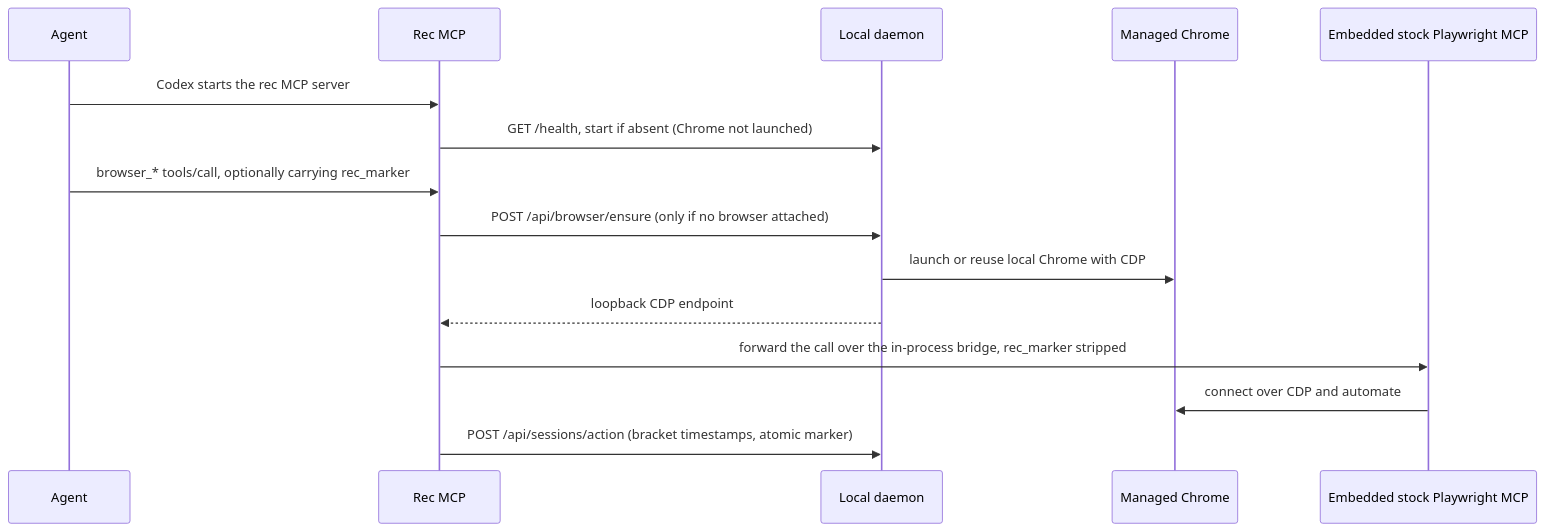
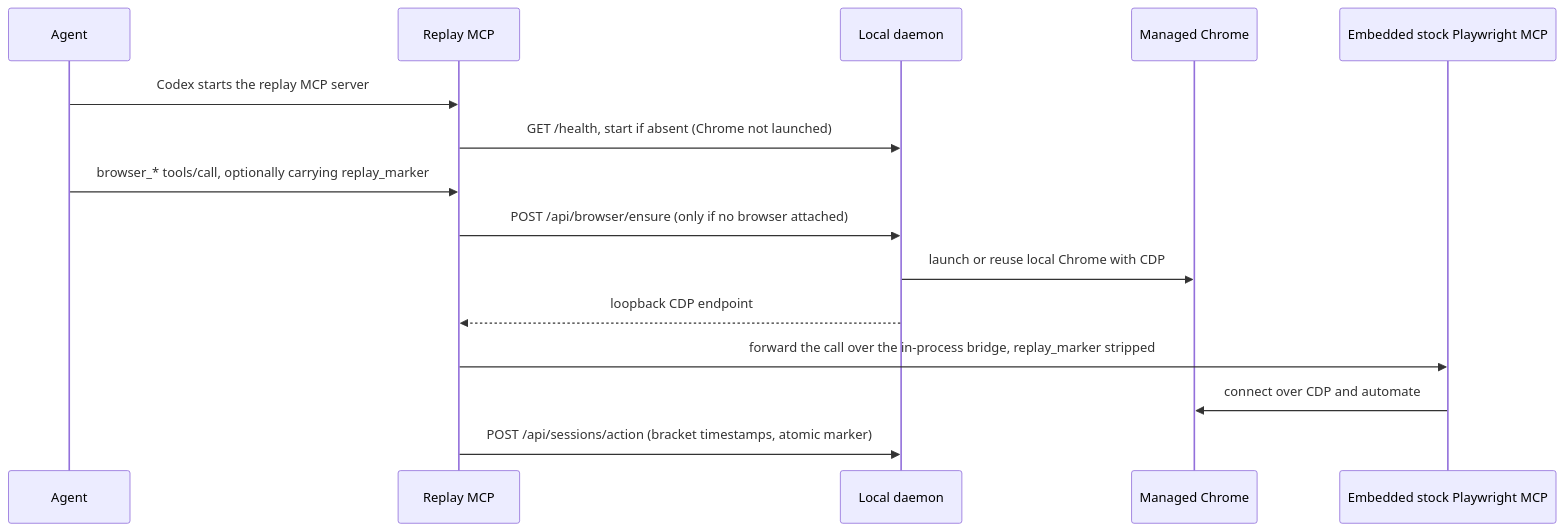
Before and after one commit to that-one-arab/replay: the second of 5 diagrams in ARCHITECTURE.md, drawn with Mermaid. The commit also changed other lines of this file and 103 other files, not shown here.

First line of the commit message:
Rebrand the app from Rec to Replay

````diff
--- a/ARCHITECTURE.md
+++ b/ARCHITECTURE.md
@@ -90,18 +90,18 @@
 ```mermaid
 sequenceDiagram
   participant Agent
-  participant Rec as Rec MCP
+  participant Replay as Replay MCP
   participant Daemon as Local daemon
   participant Chrome as Managed Chrome
   participant PW as Embedded stock Playwright MCP
 
-  Agent->>Rec: Codex starts the rec MCP server
-  Rec->>Daemon: GET /health, start if absent (Chrome not launched)
-  Agent->>Rec: browser_* tools/call, optionally carrying rec_marker
-  Rec->>Daemon: POST /api/browser/ensure (only if no browser attached)
+  Agent->>Replay: Codex starts the replay MCP server
+  Replay->>Daemon: GET /health, start if absent (Chrome not launched)
+  Agent->>Replay: browser_* tools/call, optionally carrying replay_marker
+  Replay->>Daemon: POST /api/browser/ensure (only if no browser attached)
   Daemon->>Chrome: launch or reuse local Chrome with CDP
-  Daemon-->>Rec: loopback CDP endpoint
-  Rec->>PW: forward the call over the in-process bridge, rec_marker stripped
+  Daemon-->>Replay: loopback CDP endpoint
+  Replay->>PW: forward the call over the in-process bridge, replay_marker stripped
   PW->>Chrome: connect over CDP and automate
-  Rec->>Daemon: POST /api/sessions/action (bracket timestamps, atomic marker)
+  Replay->>Daemon: POST /api/sessions/action (bracket timestamps, atomic marker)
 ```
````
